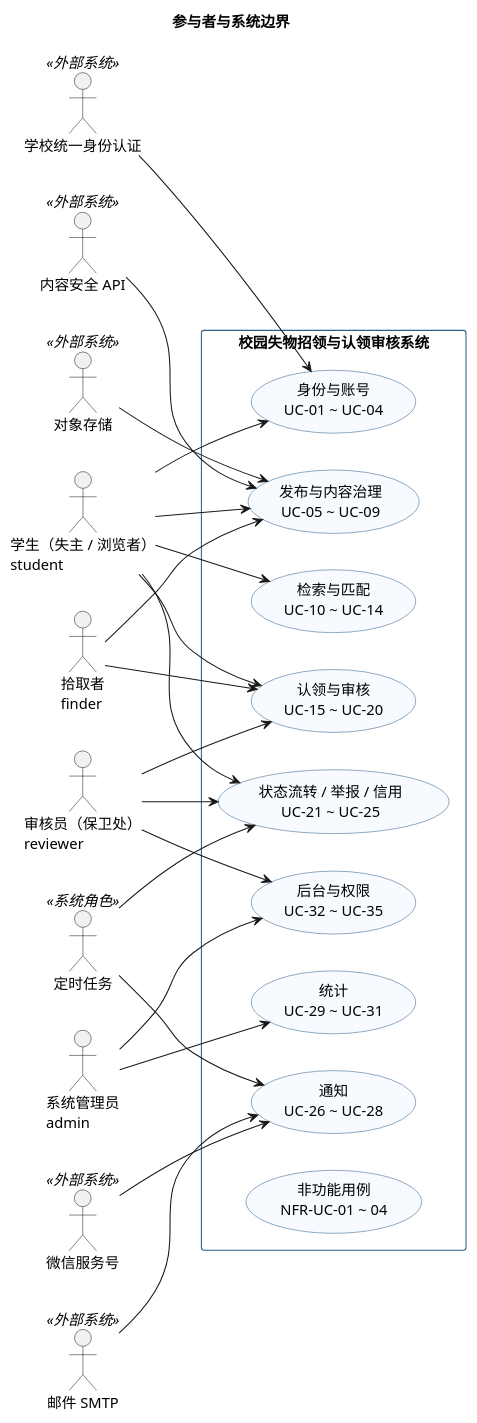
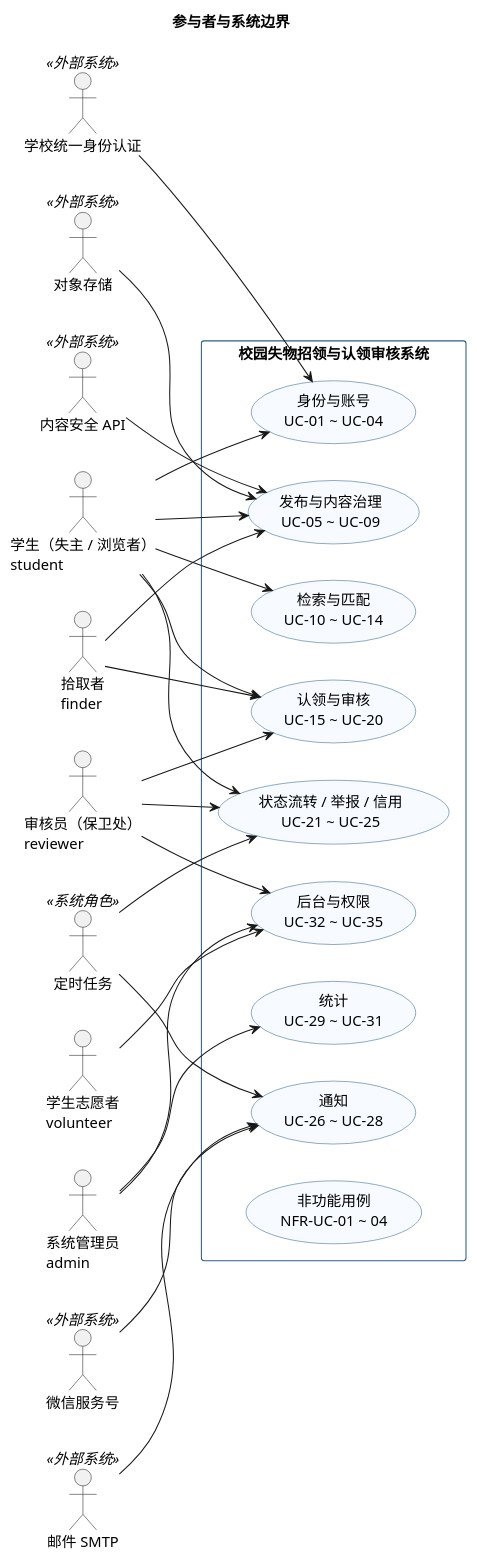
One commit to phao90016-jpg/Tongji-campus-lost-found changed the diagram in models/usecase/usecase-actors.puml. Above: the diagram before and after it, drawn with PlantUML. The commit also changed 50 other files, not shown here.

```diff
--- a/models/usecase/usecase-actors.puml
+++ b/models/usecase/usecase-actors.puml
@@ -1,66 +1,68 @@
 @startuml usecase-actors
 ' ============================================================
 ' 校园失物招领与认领审核系统 · 参与者与系统边界
 ' 用途：第 4/5 次课讲解、答辩开场
 ' 数据源：docs/02-需求规约/用例清单.md §1
 ' ============================================================
 title 参与者与系统边界
 
 skinparam shadowing false
 skinparam defaultFontName "Microsoft YaHei"
 skinparam usecase {
   BackgroundColor #F7FBFF
   BorderColor #2C5F8A
 }
 skinparam rectangle {
   BackgroundColor #FFFFFF
   BorderColor #2C5F8A
 }
 left to right direction
 
 actor "学生（失主 / 浏览者）\nstudent" as STU
 actor "拾取者\nfinder" as FINDER
 actor "审核员（保卫处）\nreviewer" as REVIEWER
+actor "学生志愿者\nvolunteer" as VOL
 actor "系统管理员\nadmin" as ADMIN
 actor "定时任务" as SCHED <<系统角色>>
 
 rectangle "校园失物招领与认领审核系统" {
   usecase "身份与账号\nUC-01 ~ UC-04" as M_A
   usecase "发布与内容治理\nUC-05 ~ UC-09" as M_B
   usecase "检索与匹配\nUC-10 ~ UC-14" as M_C
   usecase "认领与审核\nUC-15 ~ UC-20" as M_D
   usecase "状态流转 / 举报 / 信用\nUC-21 ~ UC-25" as M_E
   usecase "通知\nUC-26 ~ UC-28" as M_F
   usecase "统计\nUC-29 ~ UC-31" as M_G
   usecase "后台与权限\nUC-32 ~ UC-35" as M_H
   usecase "非功能用例\nNFR-UC-01 ~ 04" as M_N
 }
 
 actor "学校统一身份认证" as SSO <<外部系统>>
 actor "对象存储" as OSS <<外部系统>>
 actor "微信服务号" as WX <<外部系统>>
 actor "邮件 SMTP" as MAIL <<外部系统>>
 actor "内容安全 API" as CSAFE <<外部系统>>
 
 STU --> M_A
 STU --> M_B
 STU --> M_C
 STU --> M_D
 STU --> M_E
 FINDER --> M_B
 FINDER --> M_D
 REVIEWER --> M_D
 REVIEWER --> M_E
 REVIEWER --> M_H
+VOL --> M_H
 ADMIN --> M_G
 ADMIN --> M_H
 SCHED --> M_E
 SCHED --> M_F
 
 SSO --> M_A
 OSS --> M_B
 WX --> M_F
 MAIL --> M_F
 CSAFE --> M_B
 
 @enduml
```
